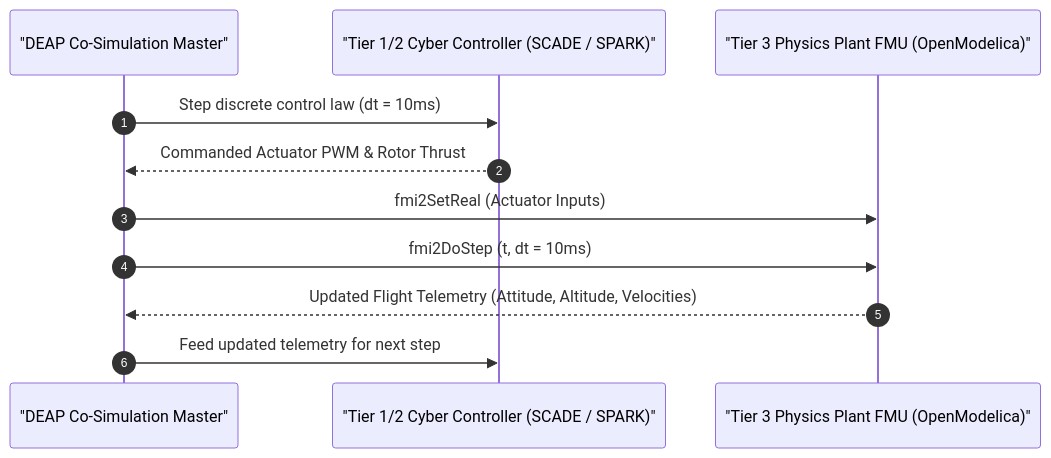
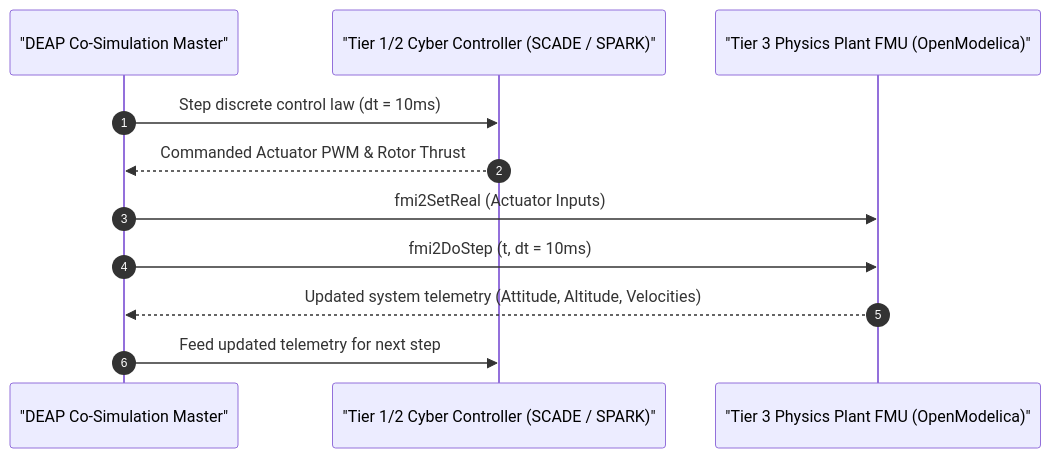
One commit to gintatkinson/DEAP01-spec-core changed the seventh of 10 diagrams in docs/architecture/blueprints/DEAP_MULTI_TOOLCHAIN_SYNTHESIS_ARCHITECTURE.md. Above: the diagram before and after it, drawn with Mermaid. The commit also changed other lines of this file and 3 other files, not shown here.

````diff
--- a/docs/architecture/blueprints/DEAP_MULTI_TOOLCHAIN_SYNTHESIS_ARCHITECTURE.md
+++ b/docs/architecture/blueprints/DEAP_MULTI_TOOLCHAIN_SYNTHESIS_ARCHITECTURE.md
@@ -536,14 +536,14 @@
 ```mermaid
 sequenceDiagram
     autonumber
     participant Master as "DEAP Co-Simulation Master"
     participant Cyber as "Tier 1/2 Cyber Controller (SCADE / SPARK)"
     participant Physics as "Tier 3 Physics Plant FMU (OpenModelica)"
 
     Master->>Cyber: Step discrete control law (dt = 10ms)
     Cyber-->>Master: Commanded Actuator PWM & Rotor Thrust
     Master->>Physics: fmi2SetReal (Actuator Inputs)
     Master->>Physics: fmi2DoStep (t, dt = 10ms)
-    Physics-->>Master: Updated Flight Telemetry (Attitude, Altitude, Velocities)
+    Physics-->>Master: Updated system telemetry (Attitude, Altitude, Velocities)
     Master->>Cyber: Feed updated telemetry for next step
 ```
````
